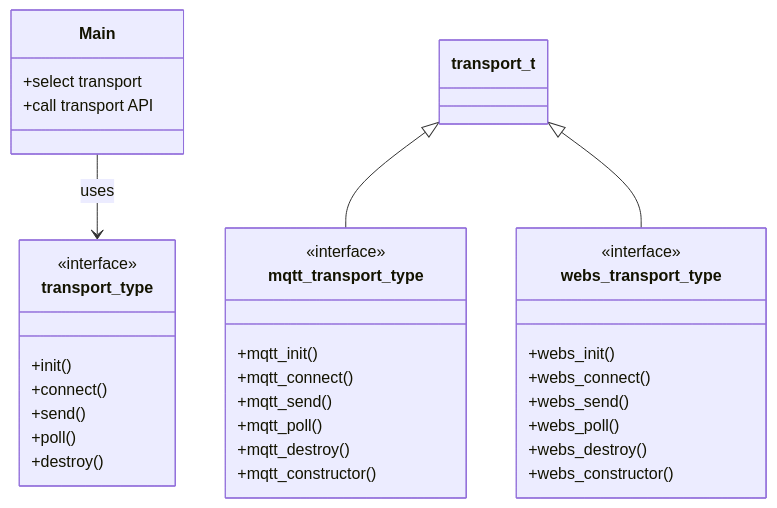
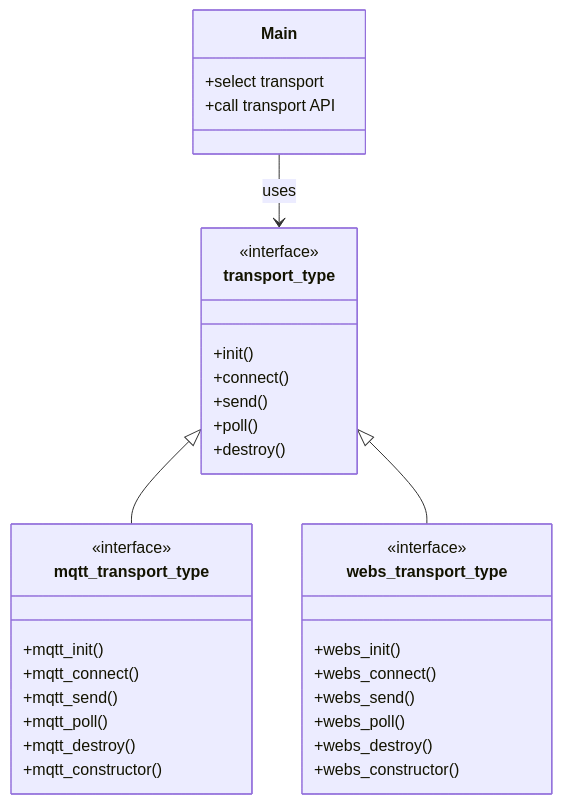
One commit to CyrusRaza/iot_device_sim changed the fourth of 4 diagrams in readme.md. Above: the diagram before and after it, drawn with Mermaid.

Commit message:
Fix #3 for readme.md

````diff
--- a/readme.md
+++ b/readme.md
@@ -143,40 +143,40 @@
 ```mermaid
 classDiagram
     class Main {
         +select transport
         +call transport API
     }
 
     class transport_type {
         <<interface>>
         +init()
         +connect()
         +send()
         +poll()
         +destroy()
     }
 
     class mqtt_transport_type{
         <<interface>>
         +mqtt_init()
         +mqtt_connect()
         +mqtt_send()
         +mqtt_poll()
         +mqtt_destroy()
         +mqtt_constructor()
     }
 
     class webs_transport_type{
         <<interface>>
         +webs_init()
         +webs_connect()
         +webs_send()
         +webs_poll()
         +webs_destroy()
         +webs_constructor()
     }
 
     Main --> transport_type : uses
-    transport_t <|-- mqtt_transport_type
-    transport_t <|-- webs_transport_type
+    transport_type <|-- mqtt_transport_type
+    transport_type <|-- webs_transport_type
 ```
````
